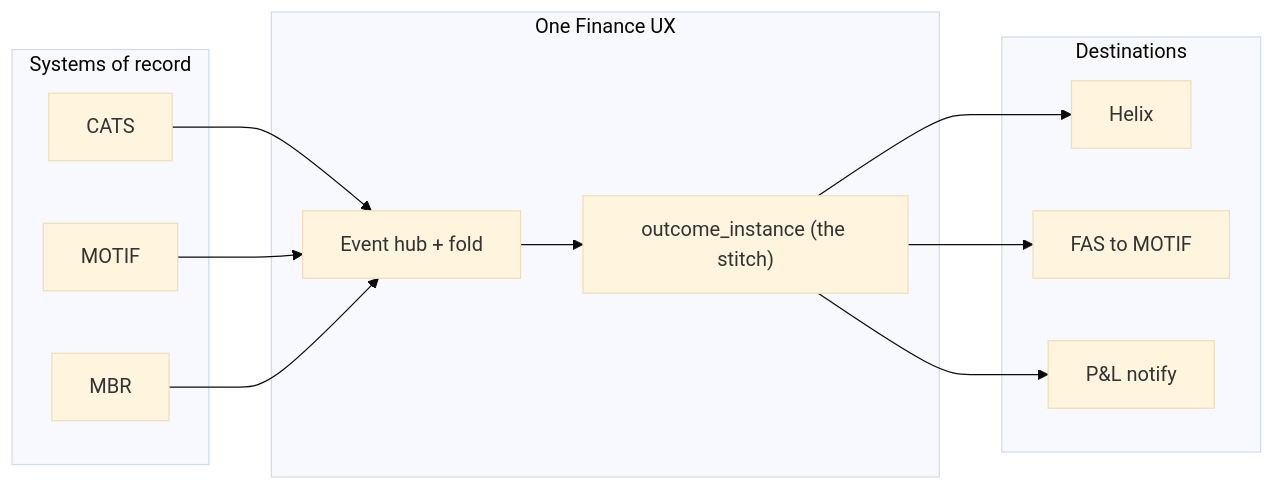
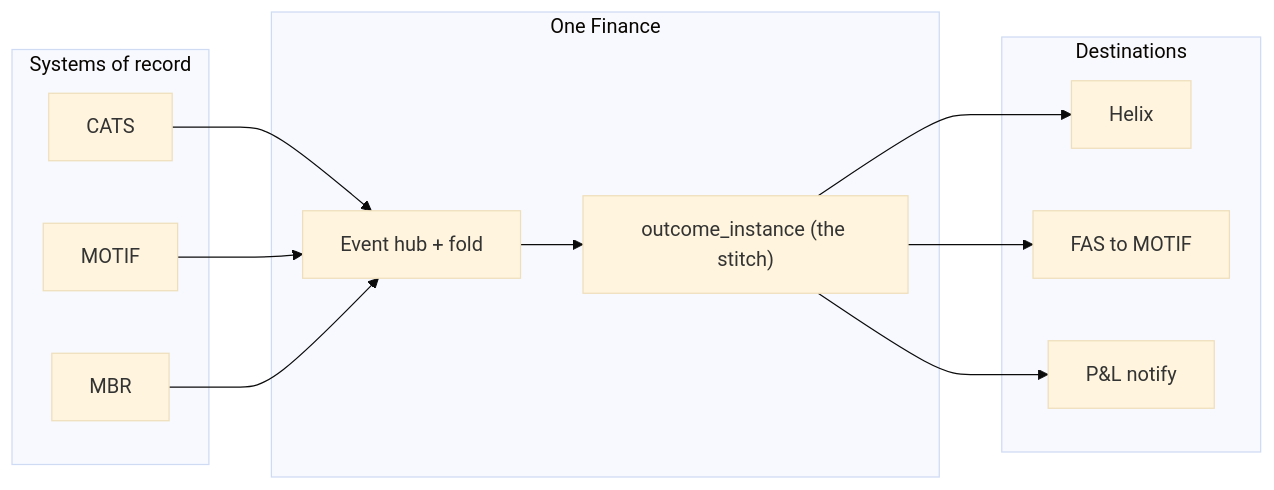
Before and after one commit to praveen2025work/onefinuxdemo: the diagram in docs/design/architecture-group.md, drawn with Mermaid (base theme). The commit also changed other lines of this file and 37 other files, not shown here.

First line of the commit message:
feat(ui): rename One Finance UX to One Finance and use a singular finance mark

````diff
--- a/docs/design/architecture-group.md
+++ b/docs/design/architecture-group.md
@@ -29,24 +29,24 @@
 ```mermaid
 flowchart LR
   subgraph origins [Systems of record]
     CATS
     MOTIF
     MBR
   end
-  subgraph onefinux [One Finance UX]
+  subgraph onefinux [One Finance]
     Hub[Event hub + fold]
     Inst["outcome_instance (the stitch)"]
   end
   subgraph dests [Destinations]
     Helix
     FAS[FAS to MOTIF]
     PNL[P&L notify]
   end
   CATS --> Hub
   MOTIF --> Hub
   MBR --> Hub
   Hub --> Inst
   Inst --> Helix
   Inst --> FAS
   Inst --> PNL
 ```
````
